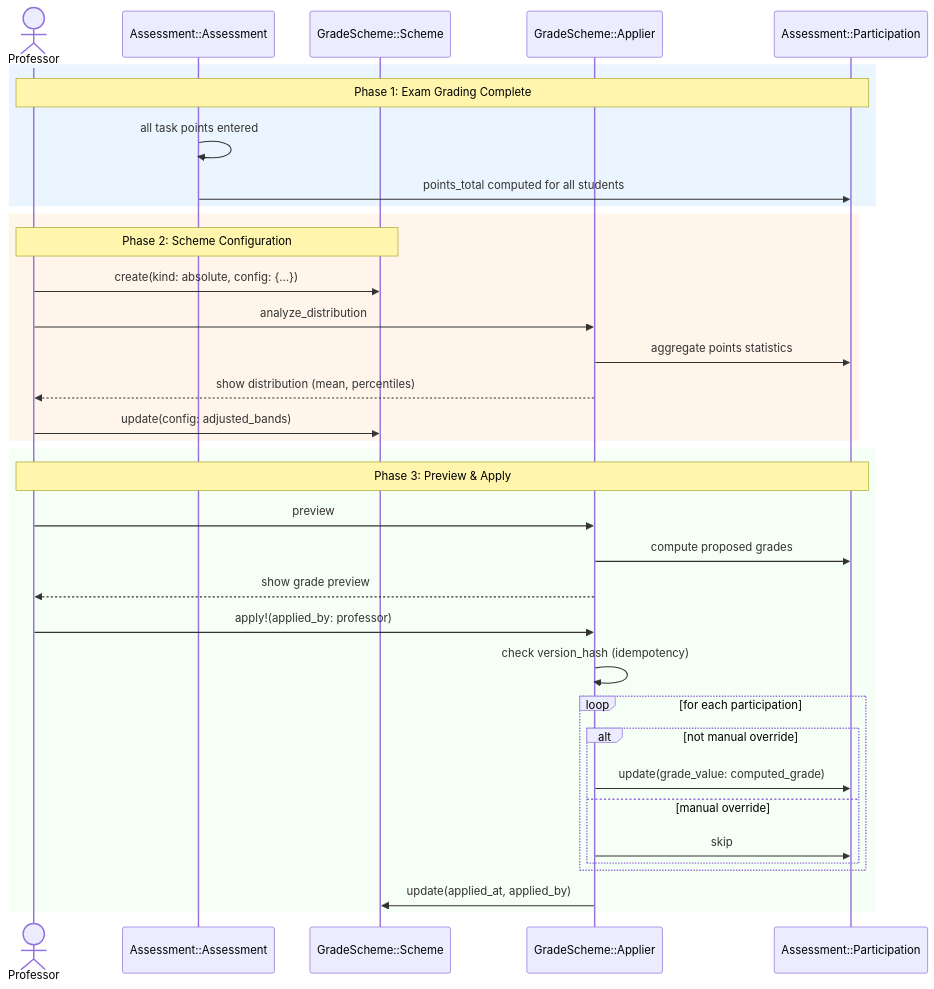
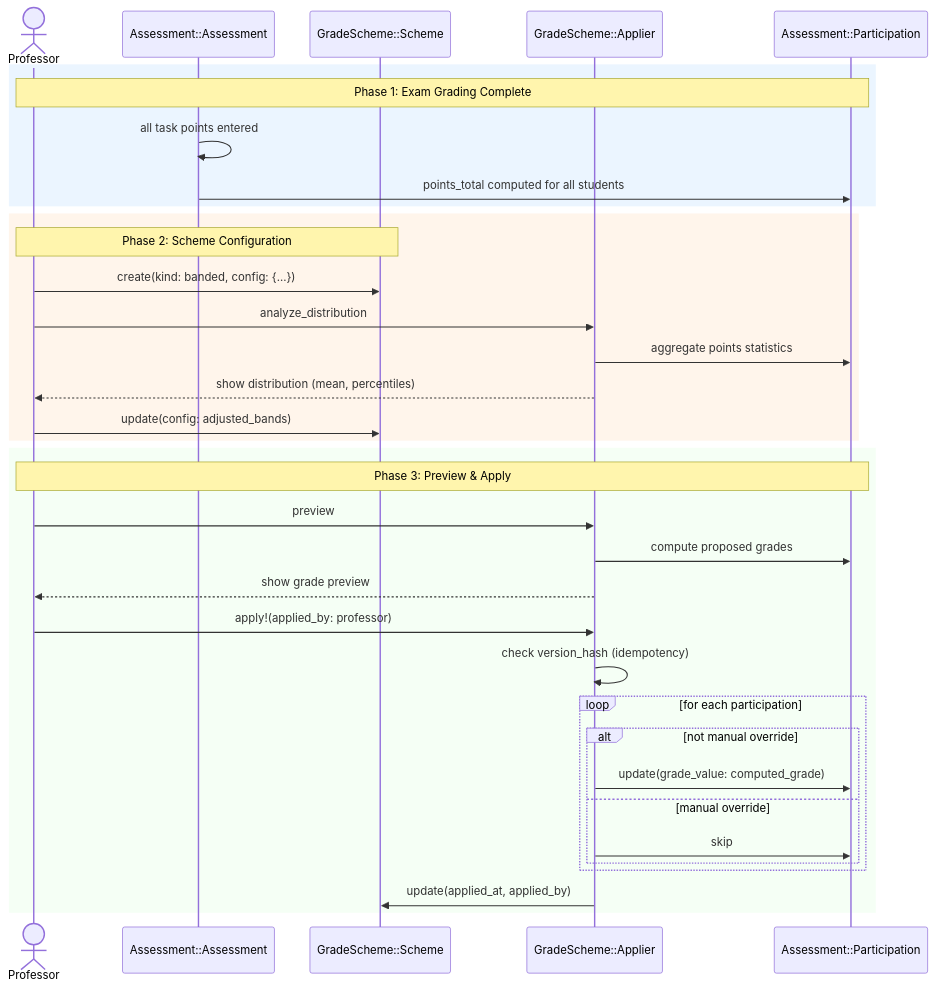
One commit to MaMpf-HD/mampf changed the fifth of 5 diagrams in architecture/src/features/05b-grading-schemes.md. Above: the diagram before and after it, drawn with Mermaid. The commit also changed other lines of this file and 1 other file, not shown here.

````diff
--- a/architecture/src/features/05b-grading-schemes.md
+++ b/architecture/src/features/05b-grading-schemes.md
@@ -766,40 +766,40 @@
 ```mermaid
 sequenceDiagram
     actor Professor
     participant Assessment as Assessment::Assessment
     participant Scheme as GradeScheme::Scheme
     participant Applier as GradeScheme::Applier
     participant Participation as Assessment::Participation
 
     rect rgb(235, 245, 255)
     note over Professor,Participation: Phase 1: Exam Grading Complete
     Assessment->>Assessment: all task points entered
     Assessment->>Participation: points_total computed for all students
     end
 
     rect rgb(255, 245, 235)
     note over Professor,Scheme: Phase 2: Scheme Configuration
-    Professor->>Scheme: create(kind: absolute, config: {...})
+    Professor->>Scheme: create(kind: banded, config: {...})
     Professor->>Applier: analyze_distribution
     Applier->>Participation: aggregate points statistics
     Applier-->>Professor: show distribution (mean, percentiles)
     Professor->>Scheme: update(config: adjusted_bands)
     end
 
     rect rgb(245, 255, 245)
     note over Professor,Participation: Phase 3: Preview & Apply
     Professor->>Applier: preview
     Applier->>Participation: compute proposed grades
     Applier-->>Professor: show grade preview
     Professor->>Applier: apply!(applied_by: professor)
     Applier->>Applier: check version_hash (idempotency)
     loop for each participation
         alt not manual override
             Applier->>Participation: update(grade_value: computed_grade)
         else manual override
             Applier->>Participation: skip
         end
     end
     Applier->>Scheme: update(applied_at, applied_by)
     end
 ```
````
